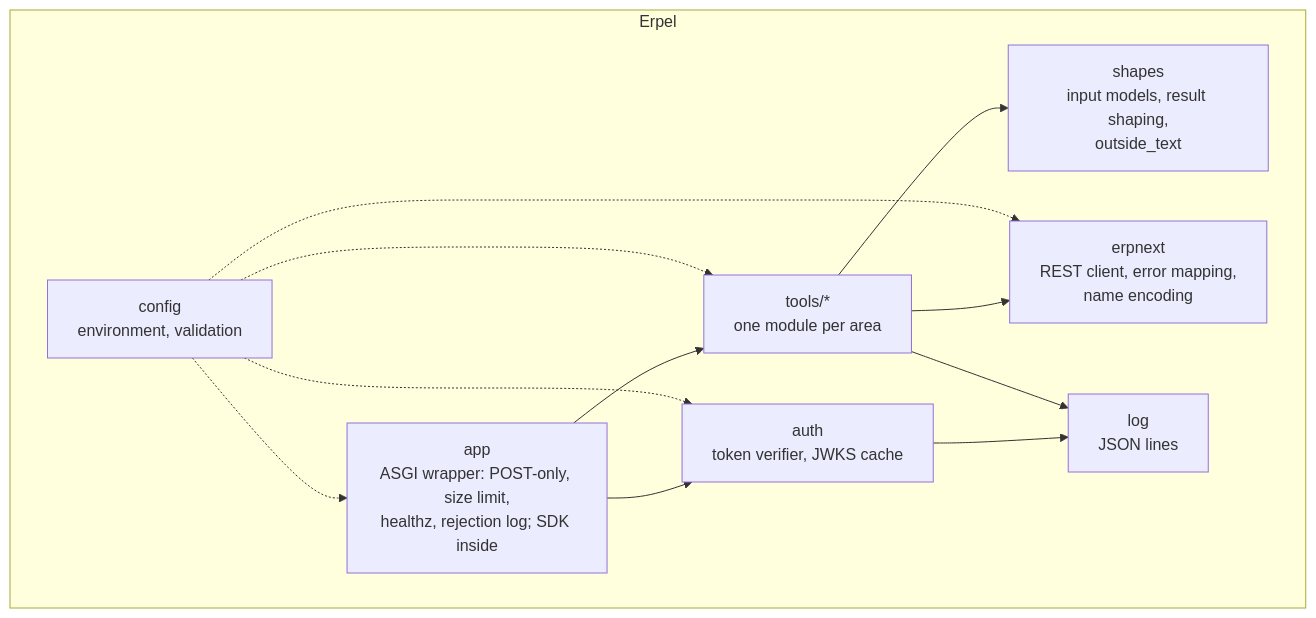
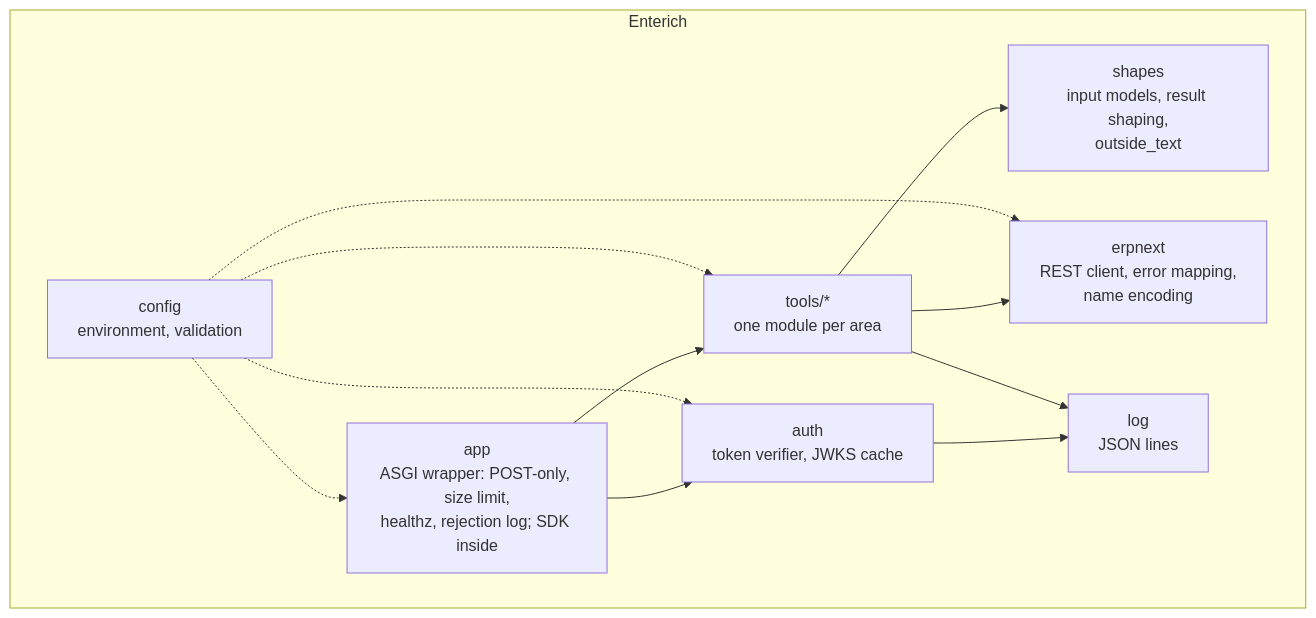
The second of 5 diagrams in docs/arc42/README.md (Interlusion/enterich), drawn with Mermaid before and after one commit. The commit also changed other lines of this file and 80 other files, not shown here.

````diff
--- a/docs/arc42/README.md
+++ b/docs/arc42/README.md
@@ -90,19 +90,19 @@
 ```mermaid
 flowchart TB
-    subgraph erpel["Erpel"]
+    subgraph enterich["Enterich"]
         app["app<br/>ASGI wrapper: POST-only, size limit,<br/>healthz, rejection log; SDK inside"]
         auth["auth<br/>token verifier, JWKS cache"]
         tools["tools/*<br/>one module per area"]
         erp["erpnext<br/>REST client, error mapping,<br/>name encoding"]
         shape["shapes<br/>input models, result shaping,<br/>outside_text"]
         config["config<br/>environment, validation"]
         log["log<br/>JSON lines"]
     end
     app --> auth
     app --> tools
     tools --> shape
     tools --> erp
     auth --> log
     tools --> log
     config -.-> app & auth & tools & erp
 ```
````
